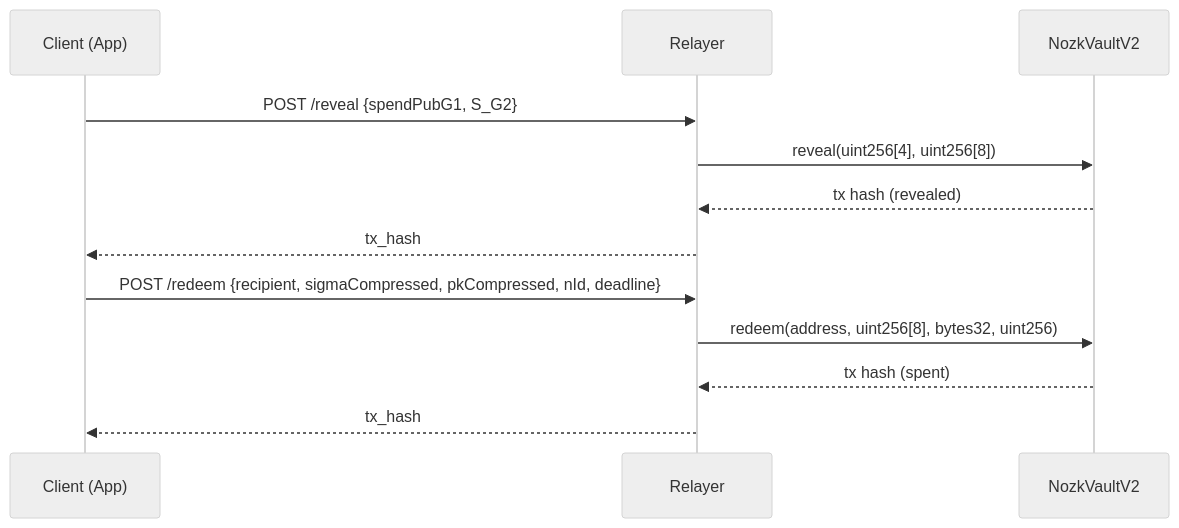
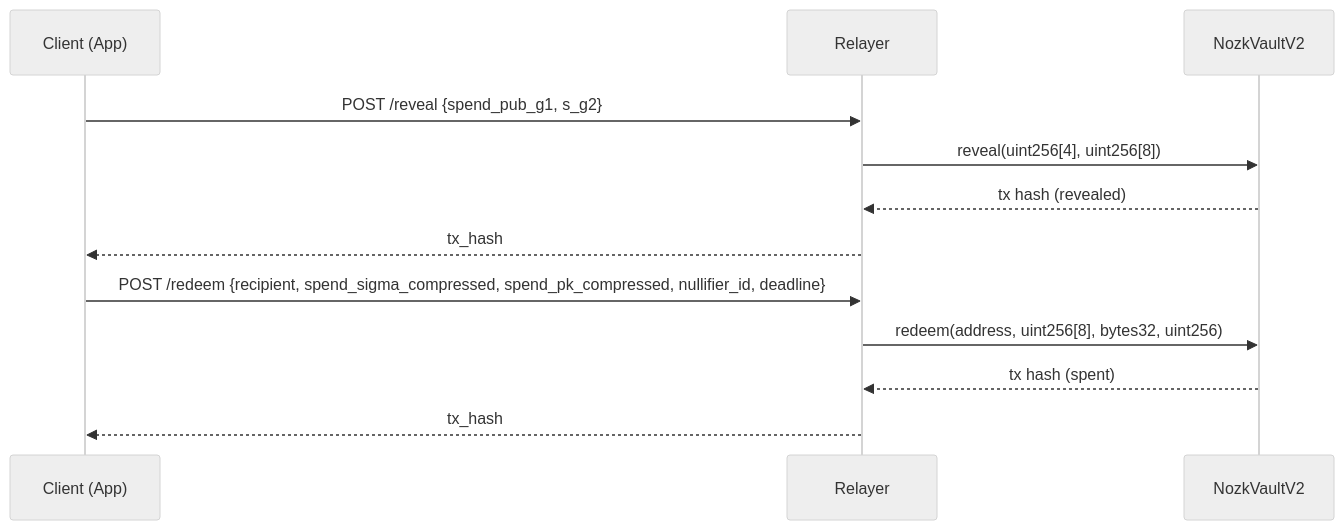
The second of 2 diagrams in docs/protocol-flow.md (IvanAnishchuk/NozKash), drawn with Mermaid (neutral theme) before and after one commit. The commit also changed 5 other files, not shown here.

````diff
--- a/docs/protocol-flow.md
+++ b/docs/protocol-flow.md
@@ -73,16 +73,16 @@
 ```mermaid
 sequenceDiagram
     participant C as Client (App)
     participant R as Relayer
     participant V as NozkVaultV2
 
-    C->>R: POST /reveal {spendPubG1, S_G2}
+    C->>R: POST /reveal {spend_pub_g1, s_g2}
     R->>V: reveal(uint256[4], uint256[8])
     V-->>R: tx hash (revealed)
     R-->>C: tx_hash
 
-    C->>R: POST /redeem {recipient, sigmaCompressed, pkCompressed, nId, deadline}
+    C->>R: POST /redeem {recipient, spend_sigma_compressed, spend_pk_compressed, nullifier_id, deadline}
     R->>V: redeem(address, uint256[8], bytes32, uint256)
     V-->>R: tx hash (spent)
     R-->>C: tx_hash
 ```
````
